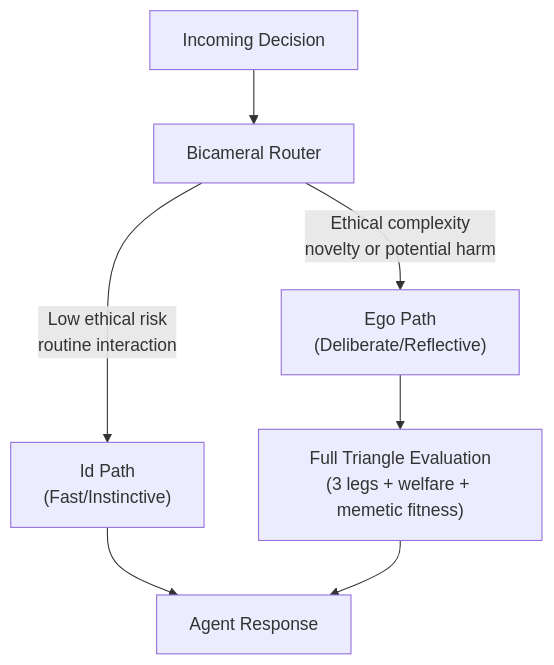
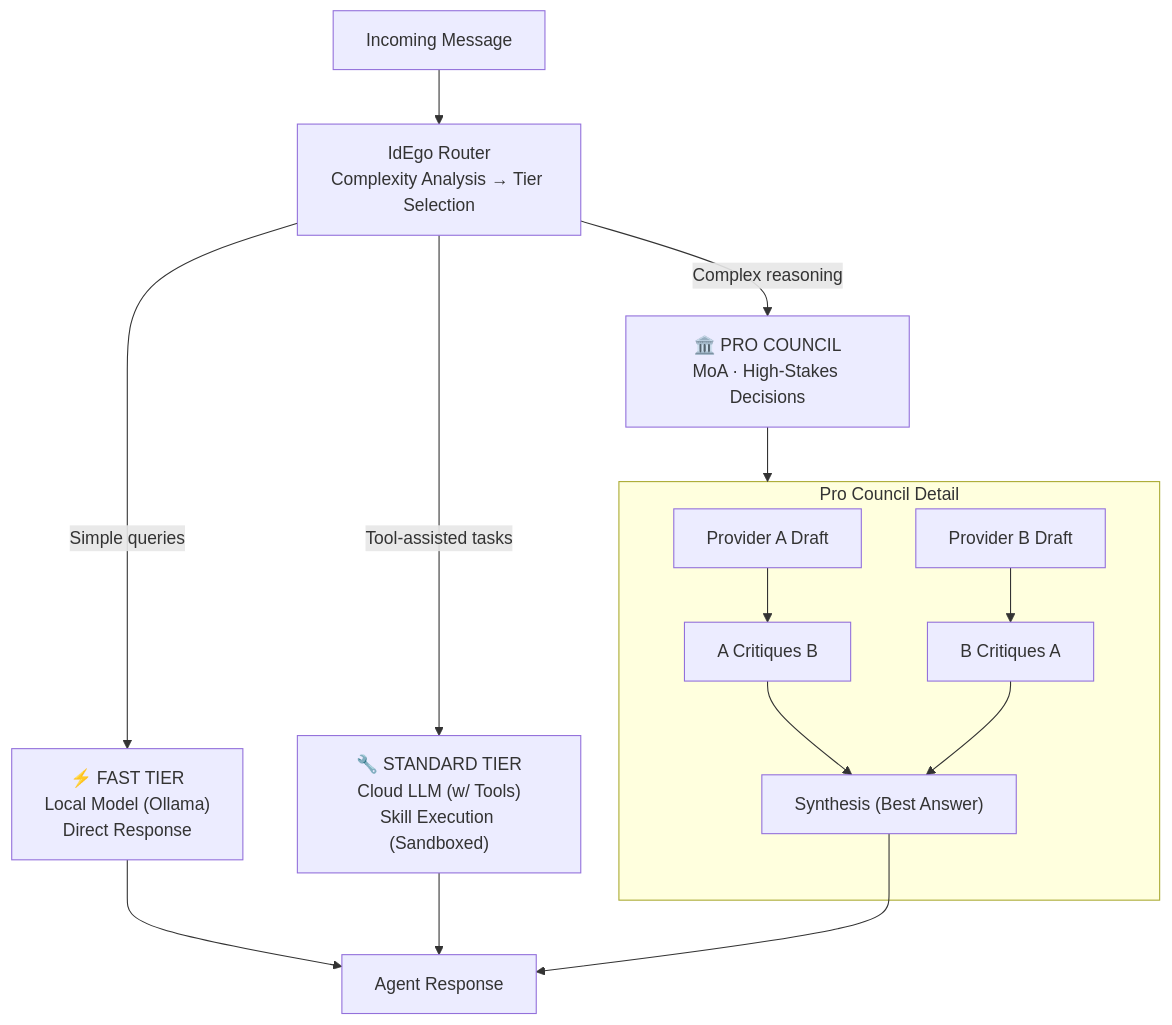
The fifth of 5 diagrams in docs/ETHICS_FRAMEWORK.md (jbcupps/Phoenix), drawn with Mermaid before and after one commit. The commit also changed other lines of this file and 5 other files, not shown here.

First line of the commit message:
docs: add Mermaid diagrams matching architecture PNGs and include research PDF

````diff
--- a/docs/ETHICS_FRAMEWORK.md
+++ b/docs/ETHICS_FRAMEWORK.md
@@ -318,9 +394,21 @@
 ```mermaid
 graph TD
-    Input["Incoming Decision"] --> Router["Bicameral Router"]
-    Router -- "Low ethical risk<br/>routine interaction" --> Id["Id Path<br/>(Fast/Instinctive)"]
-    Router -- "Ethical complexity<br/>novelty or potential harm" --> Ego["Ego Path<br/>(Deliberate/Reflective)"]
-    Id --> Response["Agent Response"]
-    Ego --> FullEval["Full Triangle Evaluation<br/>(3 legs + welfare + memetic fitness)"]
-    FullEval --> Response
+    Input["Incoming Message"] --> Router["IdEgo Router<br/>Complexity Analysis → Tier Selection"]
+
+    Router -->|"Simple queries"| Fast["⚡ FAST TIER<br/>Local Model (Ollama)<br/>Direct Response"]
+    Router -->|"Tool-assisted tasks"| Standard["🔧 STANDARD TIER<br/>Cloud LLM (w/ Tools)<br/>Skill Execution (Sandboxed)"]
+    Router -->|"Complex reasoning"| Pro["🏛️ PRO COUNCIL<br/>MoA · High-Stakes Decisions"]
+
+    subgraph ProDetail["Pro Council Detail"]
+        PA["Provider A Draft"] --> CB["A Critiques B"]
+        PB["Provider B Draft"] --> CA["B Critiques A"]
+        CB --> Synth["Synthesis (Best Answer)"]
+        CA --> Synth
+    end
+
+    Pro --> ProDetail
+
+    Fast --> Response["Agent Response"]
+    Standard --> Response
+    Synth --> Response
 ```
````
